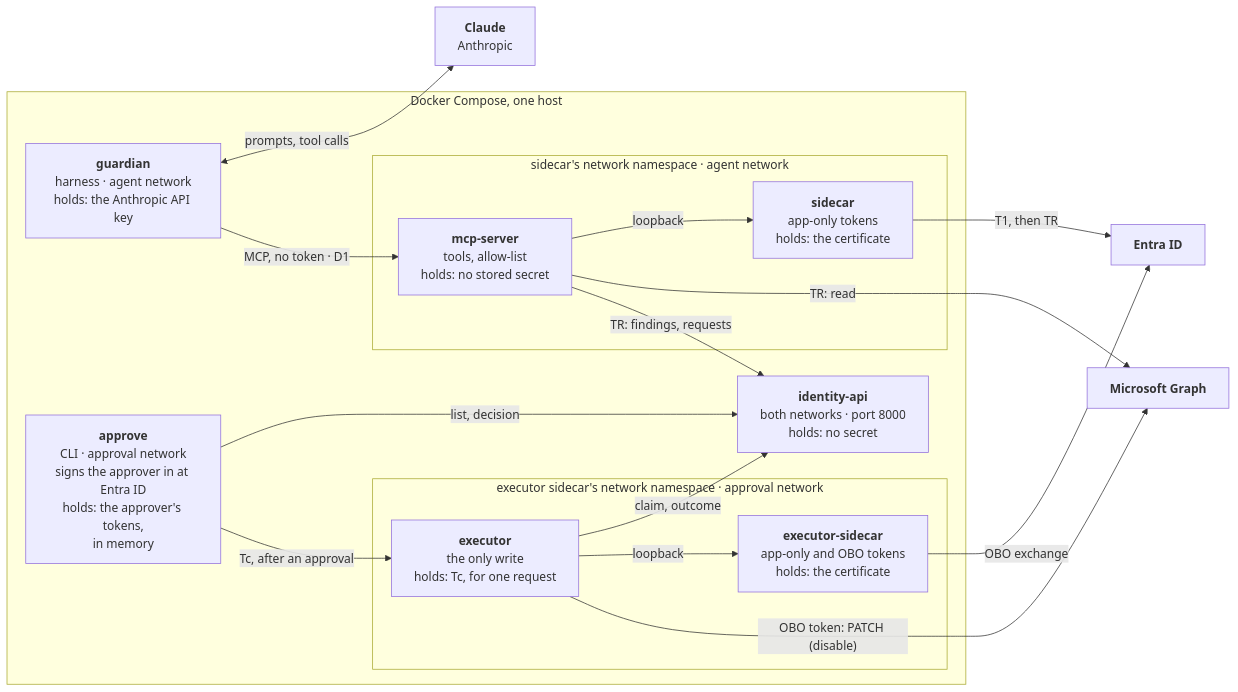
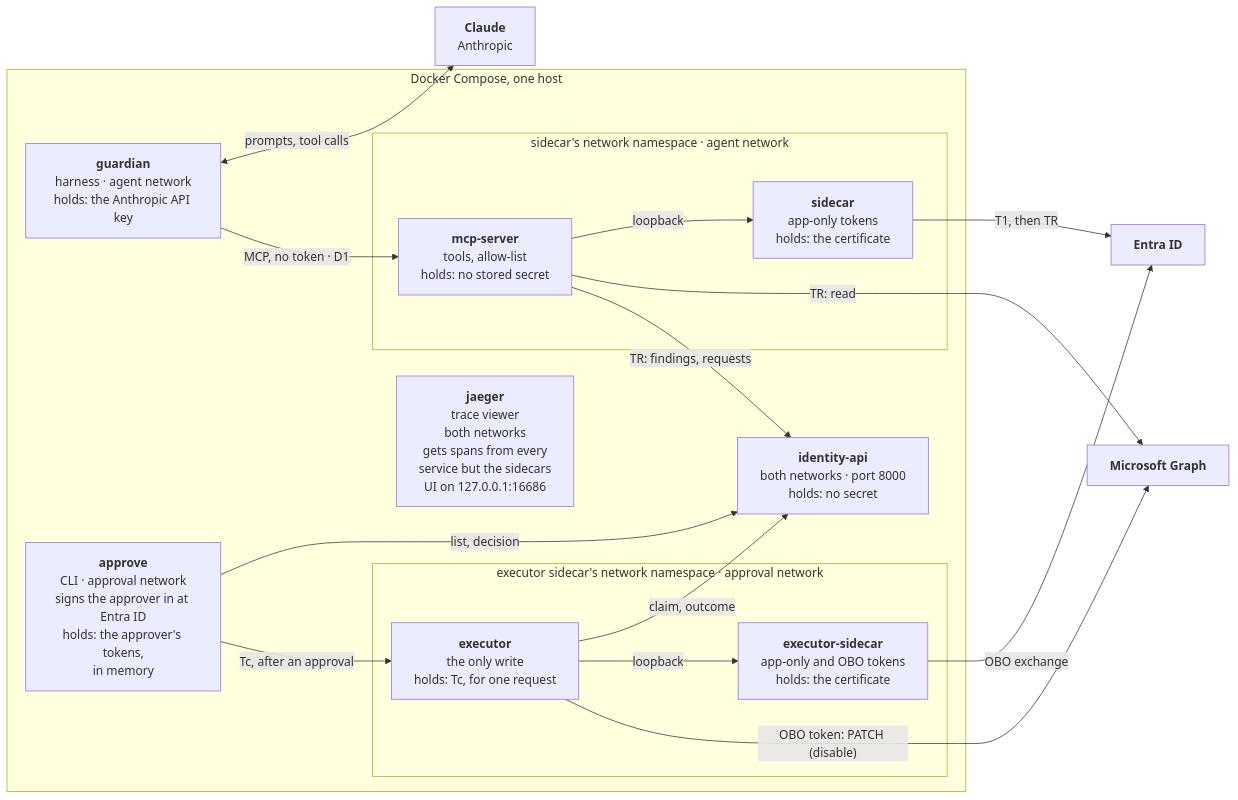
One commit to alireza-mpr/agent-steward changed the second of 6 diagrams in docs/agent-steward-architecture.md. Above: the diagram before and after it, drawn with Mermaid. The commit also changed other lines of this file, not shown here.

Commit message:
docs(architecture): Jaeger in the container diagram
A box with no arrows, which says what it receives, kept clear of the other
lines by an invisible link. More space under the namespace titles, so no
edge label overlaps them.

````diff
--- a/docs/agent-steward-architecture.md
+++ b/docs/agent-steward-architecture.md
@@ -102,34 +102,38 @@
 ```mermaid
+%%{init: {"flowchart": {"subGraphTitleMargin": {"top": 0, "bottom": 30}}}}%%
 flowchart LR
     MODEL["<b>Claude</b><br/>Anthropic"]
     ENTRA["<b>Entra ID</b>"]
     GRAPH["<b>Microsoft Graph</b>"]
     subgraph HOST["Docker Compose, one host"]
         HARNESS["<b>guardian</b><br/>harness · agent network<br/>holds: the Anthropic API key"]
         subgraph NS["sidecar's network namespace · agent network"]
             MCP["<b>mcp-server</b><br/>tools, allow-list<br/>holds: no stored secret"]
             SIDECAR["<b>sidecar</b><br/>app-only tokens<br/>holds: the certificate"]
         end
+        JAEGER["<b>jaeger</b><br/>trace viewer<br/>both networks<br/>gets spans from every<br/>service but the sidecars<br/>UI on 127.0.0.1:16686"]
         API["<b>identity-api</b><br/>both networks · port 8000<br/>holds: no secret"]
         APPROVE["<b>approve</b><br/>CLI · approval network<br/>signs the approver in at Entra ID<br/>holds: the approver's tokens,<br/>in memory"]
         subgraph NSX["executor sidecar's network namespace · approval network"]
             EXEC["<b>executor</b><br/>the only write<br/>holds: Tc, for one request"]
             XSIDECAR["<b>executor-sidecar</b><br/>app-only and OBO tokens<br/>holds: the certificate"]
         end
     end
 
     HARNESS <-->|"prompts, tool calls"| MODEL
     HARNESS -->|"MCP, no token · D1"| MCP
     MCP -->|"loopback"| SIDECAR
     SIDECAR -->|"T1, then TR"| ENTRA
     MCP -->|"TR: read"| GRAPH
     MCP -->|"TR: findings, requests"| API
     APPROVE -->|"list, decision"| API
     APPROVE -->|"Tc, after an approval"| EXEC
     XSIDECAR -->|"OBO exchange"| ENTRA
     EXEC -->|"claim, outcome"| API
     EXEC -->|"loopback"| XSIDECAR
     EXEC -->|"OBO token: PATCH (disable)"| GRAPH
     %% invisible link: keeps Graph in the right column, next to Entra ID
     API ~~~ GRAPH
+    %% invisible link: keeps jaeger in the middle, clear of the other lines
+    JAEGER ~~~ API
 ```
````
